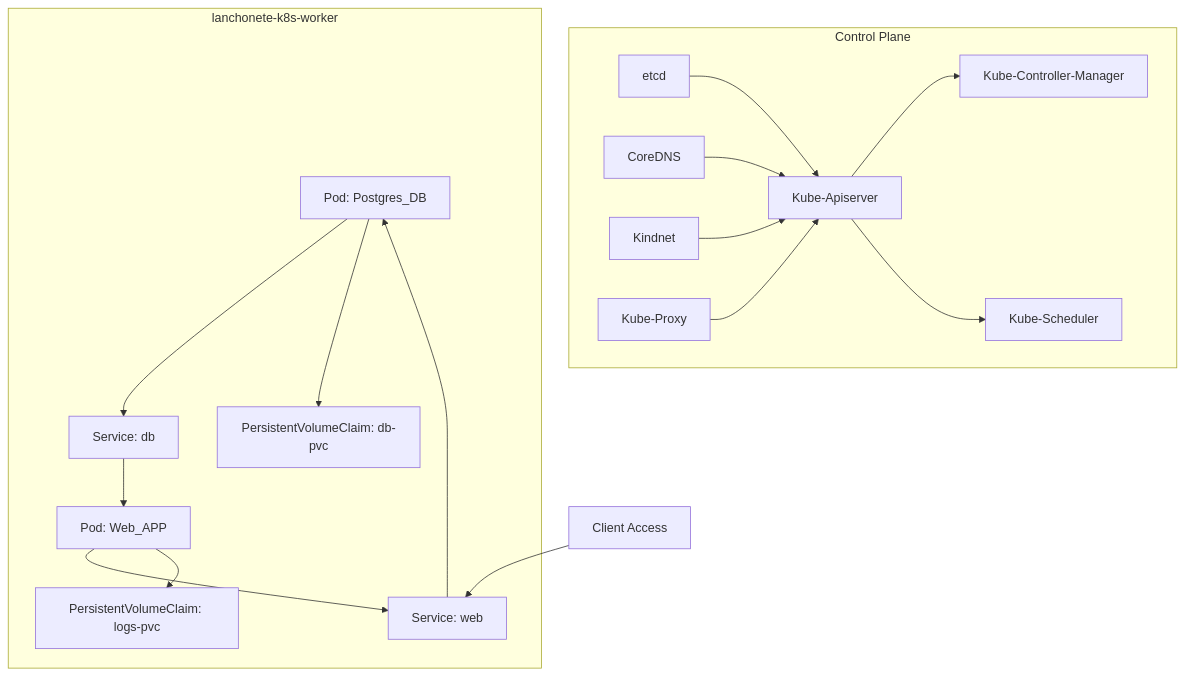
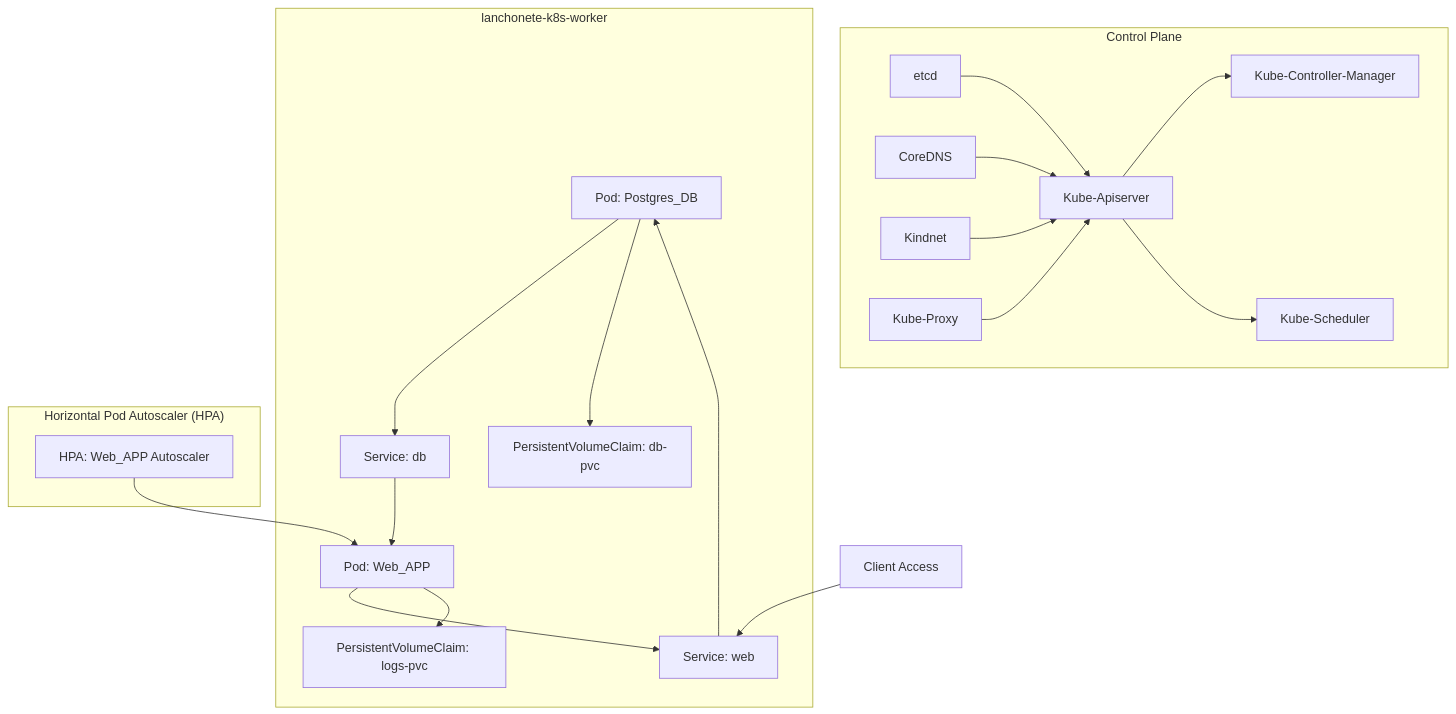
One commit to software-architecture-fiap/tech-challenge changed the diagram in docs/fase_2/kubernetes.md. Above: the diagram before and after it, drawn with Mermaid. The commit also changed other lines of this file and 7 other files, not shown here.

Commit message:
docs: add Horizontal Pod Autoscaler (HPA) for web deployment

````diff
--- a/docs/fase_2/kubernetes.md
+++ b/docs/fase_2/kubernetes.md
@@ -64,32 +64,40 @@
 ```mermaid
 flowchart TD
     subgraph Control_Plane["Control Plane"]
         A[etcd]
         B[CoreDNS]
         C[Kindnet]
         D[Kube-Proxy]
         E[Kube-Apiserver]
         F[Kube-Controller-Manager]
         G[Kube-Scheduler]
         
         A --> E
         B --> E
         C --> E
         D --> E
         E --> F
         E --> G
     end
+    
     subgraph Worker_Node["lanchonete-k8s-worker"]
         H[Pod: Postgres_DB]
         I[Pod: Web_APP]
         
         H --> J[Service: db]
         I --> K[Service: web]
         H --> L[PersistentVolumeClaim: db-pvc]
         I --> M[PersistentVolumeClaim: logs-pvc]
         
         K --> H
         J --> I
     end
+
+    subgraph Autoscaler["Horizontal Pod Autoscaler (HPA)"]
+        N[HPA: Web_APP Autoscaler]
+        N --> I
+    end
+    
     Client[Client Access] --> K
+
 ```
````
